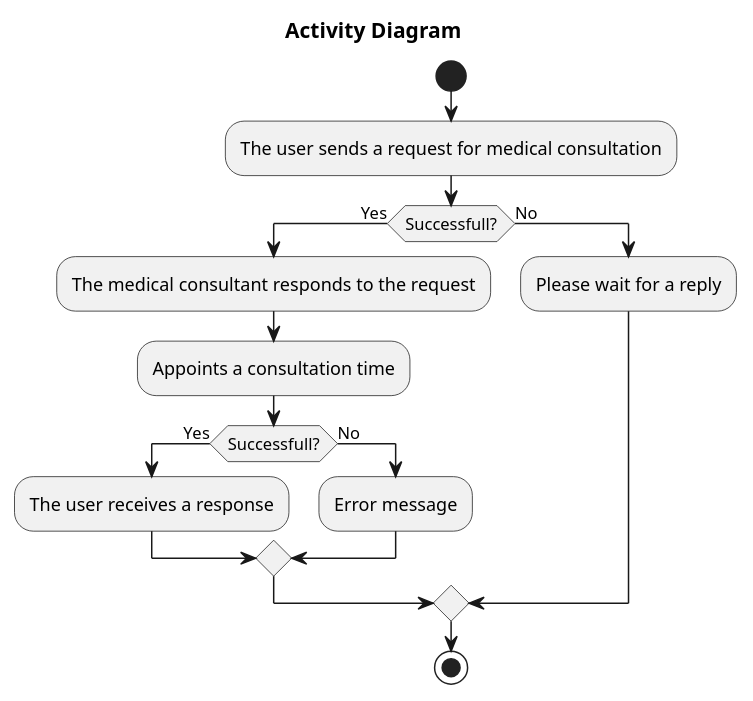
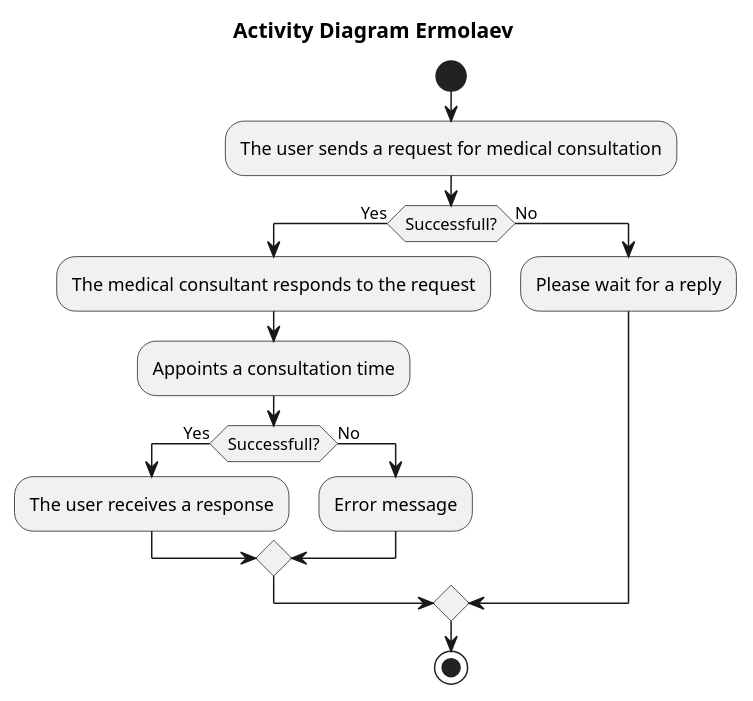
One commit to oleksandrblazhko/ai-214-ermolaev changed the diagram in 2-SoftwareDesign/2.7-PlantUML/UML-Activity.puml. Above: the diagram before and after it, drawn with PlantUML.

```diff
--- a/2-SoftwareDesign/2.7-PlantUML/UML-Activity.puml
+++ b/2-SoftwareDesign/2.7-PlantUML/UML-Activity.puml
@@ -1,19 +1,19 @@
 @startuml
-title Activity Diagram 
+title Activity Diagram Ermolaev
 
 start
 :The user sends a request for medical consultation;
 if (Successfull?) then (Yes)
   :The medical consultant responds to the request;
   :Appoints a consultation time;
   if (Successfull?) then (Yes)
     :The user receives a response;
   else (No)
     :Error message;
   endif
 else (No)
   :Please wait for a reply;
 endif
 stop
 
 @enduml
```
